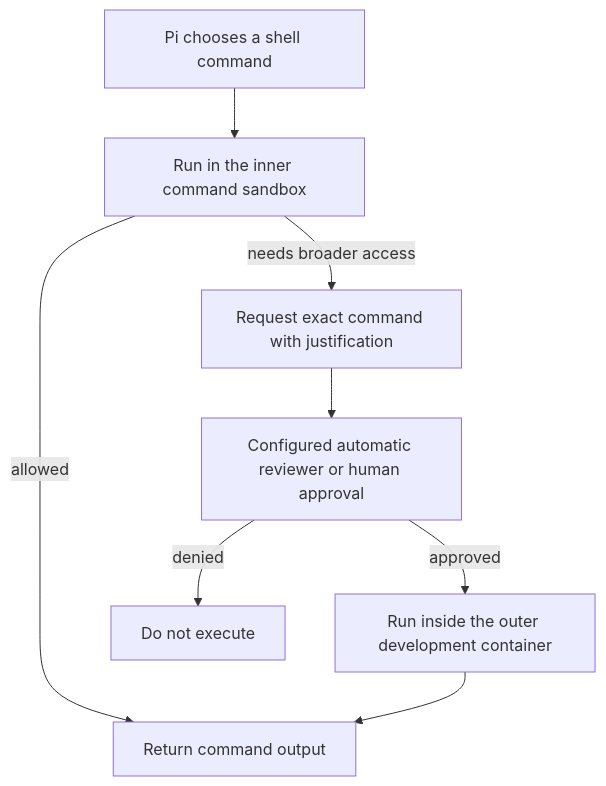
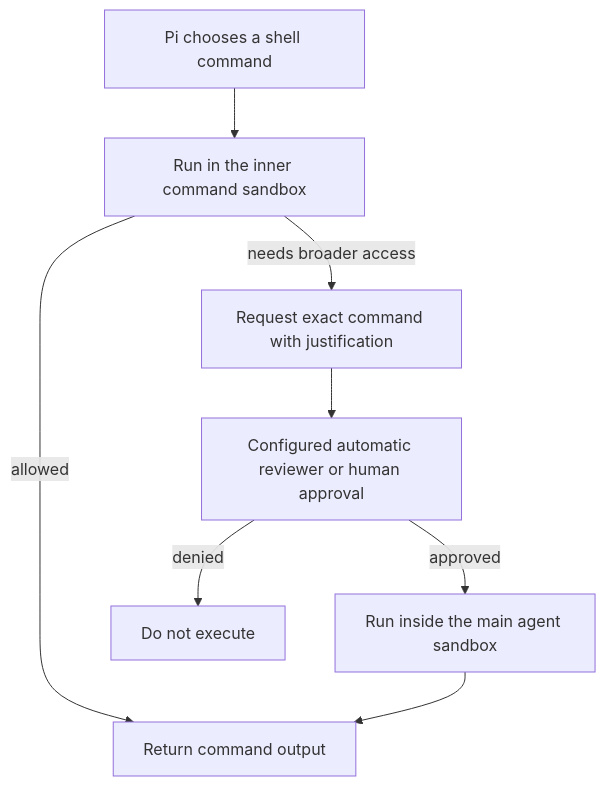
Before and after one commit to kyuz0/ai-sandbox-factory: the second of 2 diagrams in docs/architecture.md, drawn with Mermaid. The commit also changed other lines of this file and 38 other files, not shown here.

Commit message:
Name the main agent sandbox consistently

````diff
--- a/docs/architecture.md
+++ b/docs/architecture.md
@@ -131,10 +131,10 @@
 ```mermaid
 flowchart TD
     TASK[Pi chooses a shell command] --> INNER[Run in the inner command sandbox]
     INNER -->|allowed| RESULT[Return command output]
     INNER -->|needs broader access| REQUEST[Request exact command with justification]
     REQUEST --> REVIEW[Configured automatic reviewer or human approval]
-    REVIEW -->|approved| EXEC[Run inside the outer development container]
+    REVIEW -->|approved| EXEC[Run inside the main agent sandbox]
     REVIEW -->|denied| STOP[Do not execute]
     EXEC --> RESULT
 ```
````
